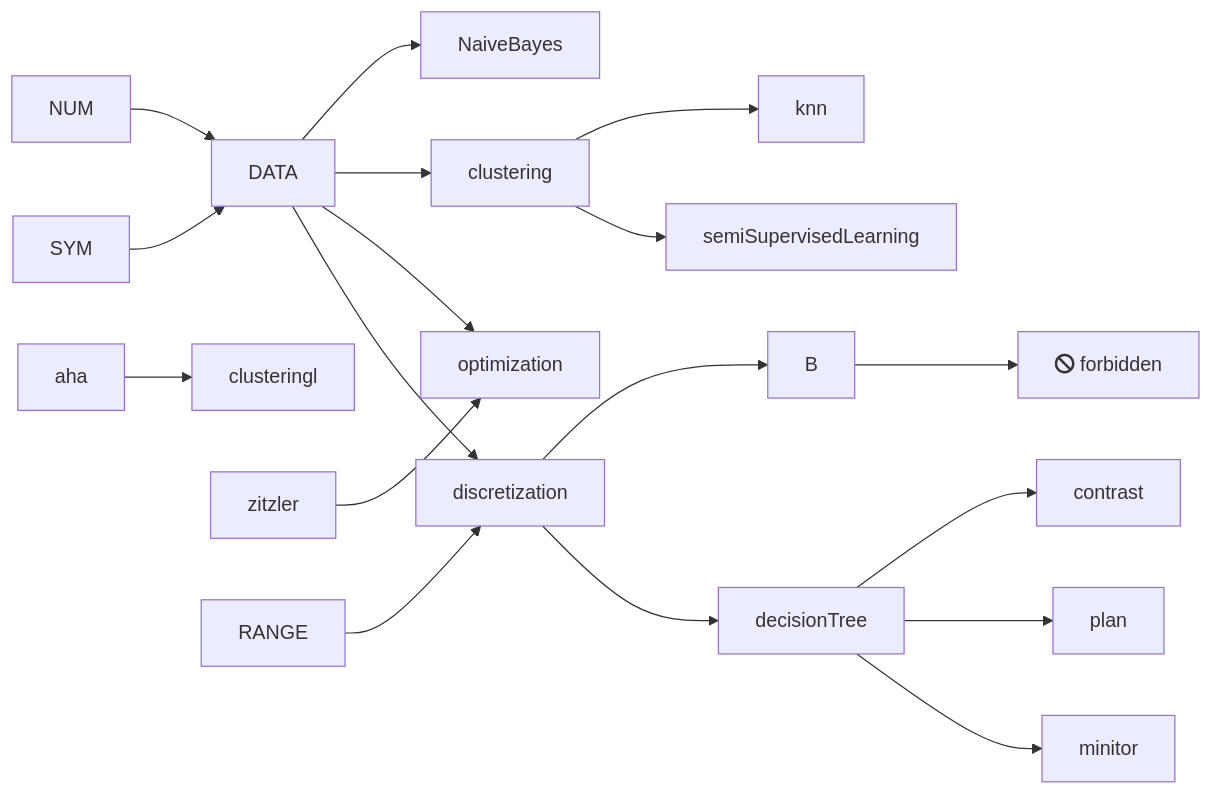
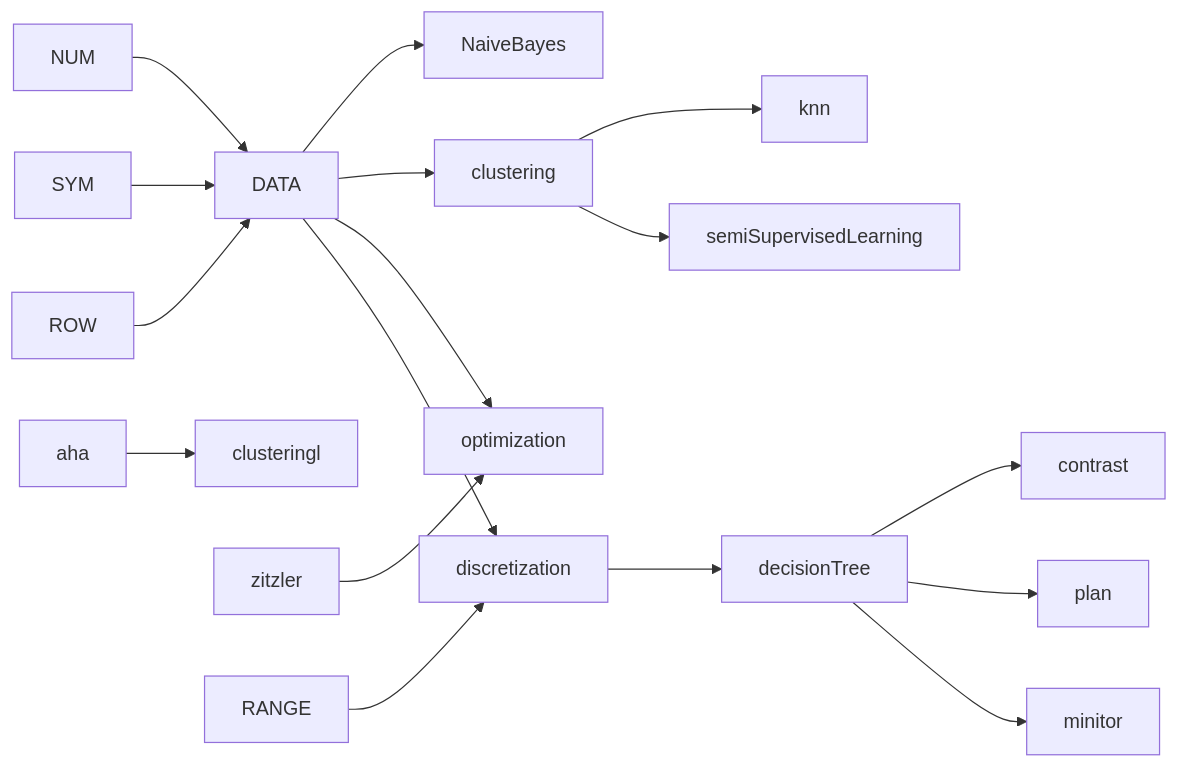
Before and after one commit to timm/tested: the diagram in README.md, drawn with Mermaid. The commit also changed other lines of this file, not shown here.

````diff
--- a/README.md
+++ b/README.md
@@ -17,16 +24,17 @@
 ```mermaid
 graph LR;
     NUM-->DATA-->NaiveBayes;
     SYM-->DATA;
+    ROW-->DATA;
     DATA-->clustering;
     aha-->clusteringl
     clustering-->knn;
     clustering-->semiSupervisedLearning;
     zitzler-->optimization;
     DATA-->optimization;
-    DATA-->discretization --> B-->C[fa:fa-ban forbidden];
+    DATA-->discretization 
     RANGE-->discretization -->decisionTree
     decisionTree-->contrast;
     decisionTree-->plan;
     decisionTree-->minitor;
 ```
````
